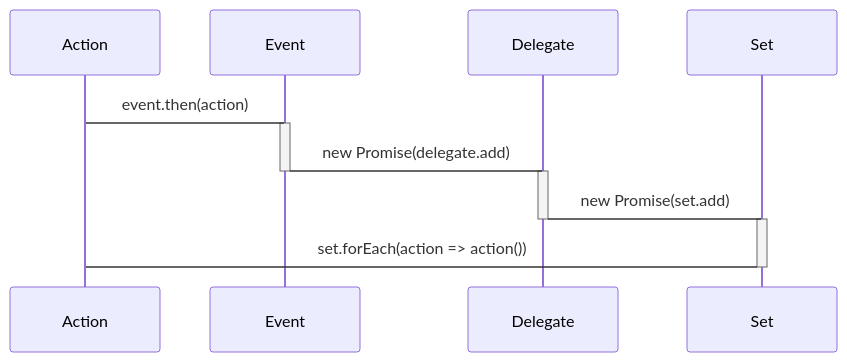
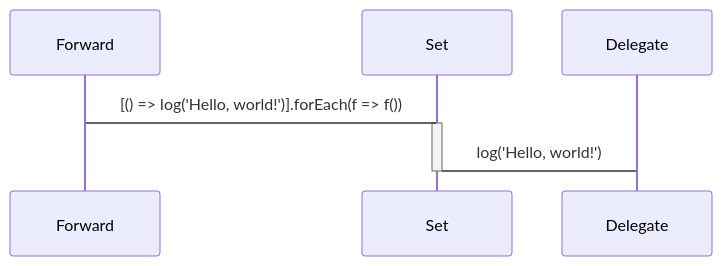
Before and after one commit to domrally/peekeasy: the second of 6 diagrams in README.md, drawn with Mermaid. The commit also changed other lines of this file and 40 other files, not shown here.

````diff
--- a/README.md
+++ b/README.md
@@ -55,13 +81,7 @@
 ```mermaid
 sequenceDiagram
-    Action->Event: event.then(action)
-    activate Event
-    Event->Delegate: new Promise(delegate.add)
-    deactivate Event
-    activate Delegate
-    Delegate->Set: new Promise(set.add)
-    deactivate Delegate
+    Forward->Set: [() => log('Hello, world!')].forEach(f => f())
     activate Set
-    Set->Action: set.forEach(action => action())
+    Set->Delegate: log('Hello, world!')
     deactivate Set
 ```
````
